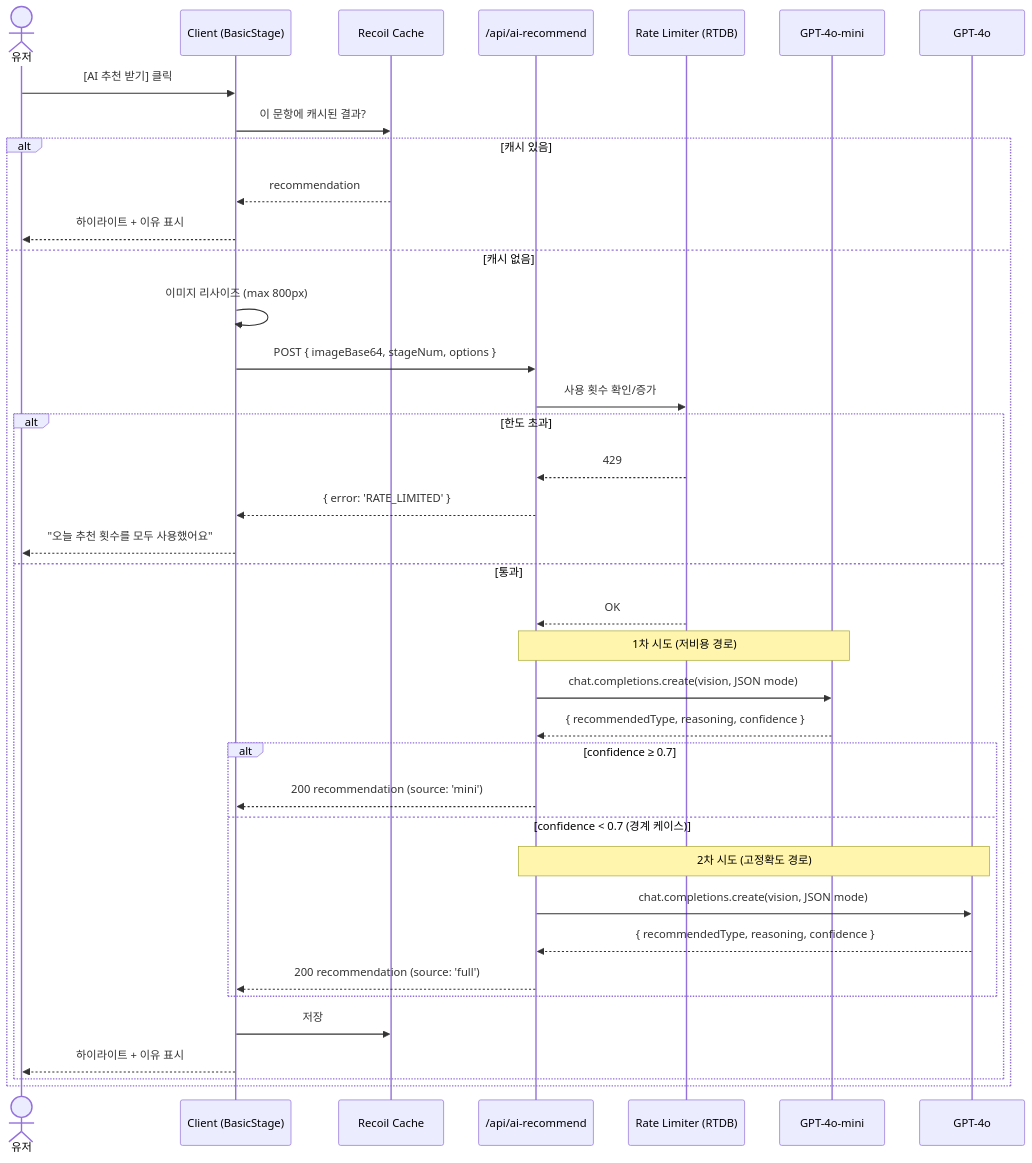
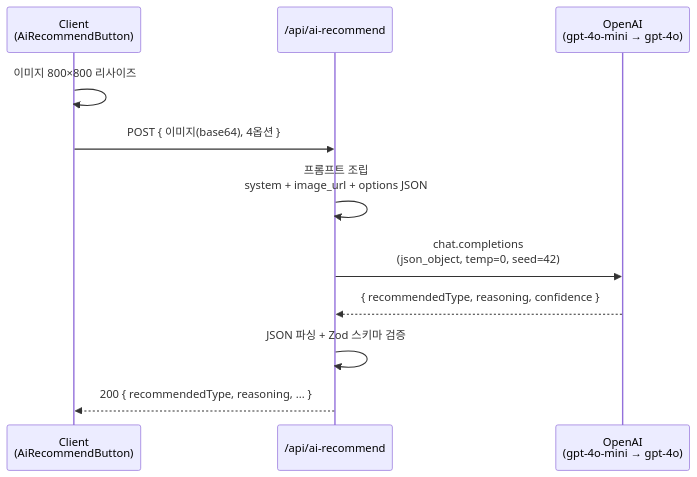
The second of 2 diagrams in docs/domain/ai-color-recommendation.md (SaekKkanDa/OppaManyColorTone), drawn with Mermaid before and after one commit. The commit also changed other lines of this file and 2 other files, not shown here.

First line of the commit message:
docs+fix: AI 추천 문서 슬림화 + BonusStage 하이라이트 버그 수정 (#308)

````diff
--- a/docs/domain/ai-color-recommendation.md
+++ b/docs/domain/ai-color-recommendation.md
@@ -105,41 +407,14 @@
 ```mermaid
 sequenceDiagram
-  actor U as 유저
-  participant C as Client (BasicStage)
-  participant Cache as Recoil Cache
+  participant C as Client<br/>(AiRecommendButton)
   participant API as /api/ai-recommend
-  participant RL as Rate Limiter (RTDB)
-  participant Mini as GPT-4o-mini
-  participant Full as GPT-4o
+  participant OAI as OpenAI<br/>(gpt-4o-mini → gpt-4o)
 
-  U->>C: [AI 추천 받기] 클릭
-  C->>Cache: 이 문항에 캐시된 결과?
-  alt 캐시 있음
-    Cache-->>C: recommendation
-    C-->>U: 하이라이트 + 이유 표시
-  else 캐시 없음
-    C->>C: 이미지 리사이즈 (max 800px)
-    C->>API: POST { imageBase64, stageNum, options }
-    API->>RL: 사용 횟수 확인/증가
-    alt 한도 초과
-      RL-->>API: 429
-      API-->>C: { error: 'RATE_LIMITED' }
-      C-->>U: "오늘 추천 횟수를 모두 사용했어요"
-    else 통과
-      RL-->>API: OK
-      Note over API,Mini: 1차 시도 (저비용 경로)
-      API->>Mini: chat.completions.create(vision, JSON mode)
-      Mini-->>API: { recommendedType, reasoning, confidence }
-      alt confidence ≥ 0.7
-        API-->>C: 200 recommendation (source: 'mini')
-      else confidence < 0.7 (경계 케이스)
-        Note over API,Full: 2차 시도 (고정확도 경로)
-        API->>Full: chat.completions.create(vision, JSON mode)
-        Full-->>API: { recommendedType, reasoning, confidence }
-        API-->>C: 200 recommendation (source: 'full')
-      end
-      C->>Cache: 저장
-      C-->>U: 하이라이트 + 이유 표시
-    end
-  end
+  C->>C: 이미지 800×800 리사이즈
+  C->>API: POST { 이미지(base64), 4옵션 }
+  API->>API: 프롬프트 조립<br/>system + image_url + options JSON
+  API->>OAI: chat.completions<br/>(json_object, temp=0, seed=42)
+  OAI-->>API: { recommendedType, reasoning, confidence }
+  API->>API: JSON 파싱 + Zod 스키마 검증
+  API-->>C: 200 { recommendedType, reasoning, ... }
 ```
````
